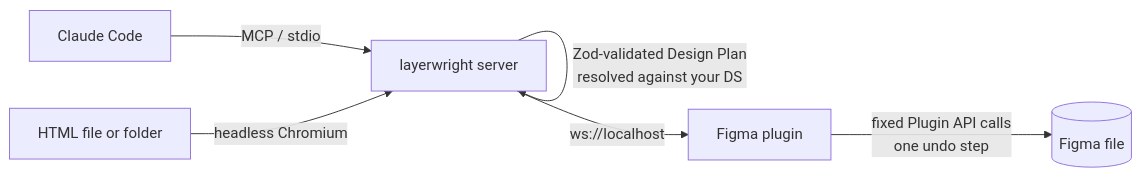
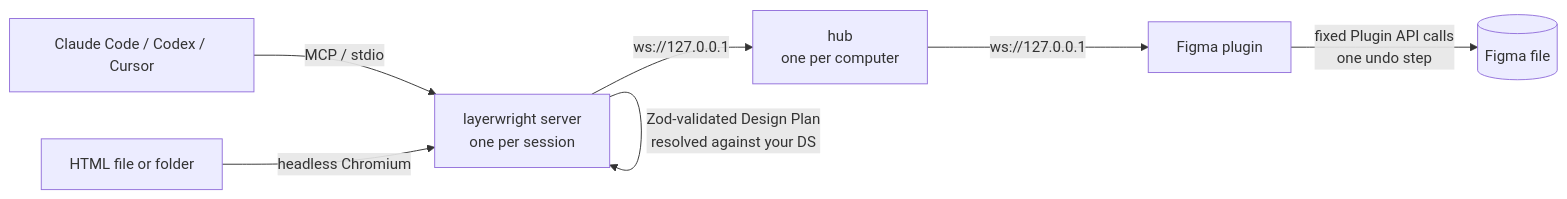
Before and after one commit to shayan-m81/layerwright: the diagram in README.md, drawn with Mermaid. The commit also changed other lines of this file and 6 other files, not shown here.

````diff
--- a/README.md
+++ b/README.md
@@ -110,8 +126,9 @@
 ```mermaid
 flowchart LR
-  A[Claude Code] -- MCP / stdio --> B[layerwright server]
+  A[Claude Code / Codex / Cursor] -- MCP / stdio --> B[layerwright server<br/>one per session]
   H[HTML file or folder] -- headless Chromium --> B
   B -- "Zod-validated Design Plan<br/>resolved against your DS" --> B
-  B -- ws://localhost --> C[Figma plugin]
+  B -- ws://127.0.0.1 --> K[hub<br/>one per computer]
+  K -- ws://127.0.0.1 --> C[Figma plugin]
   C -- "fixed Plugin API calls<br/>one undo step" --> D[(Figma file)]
 ```
````
